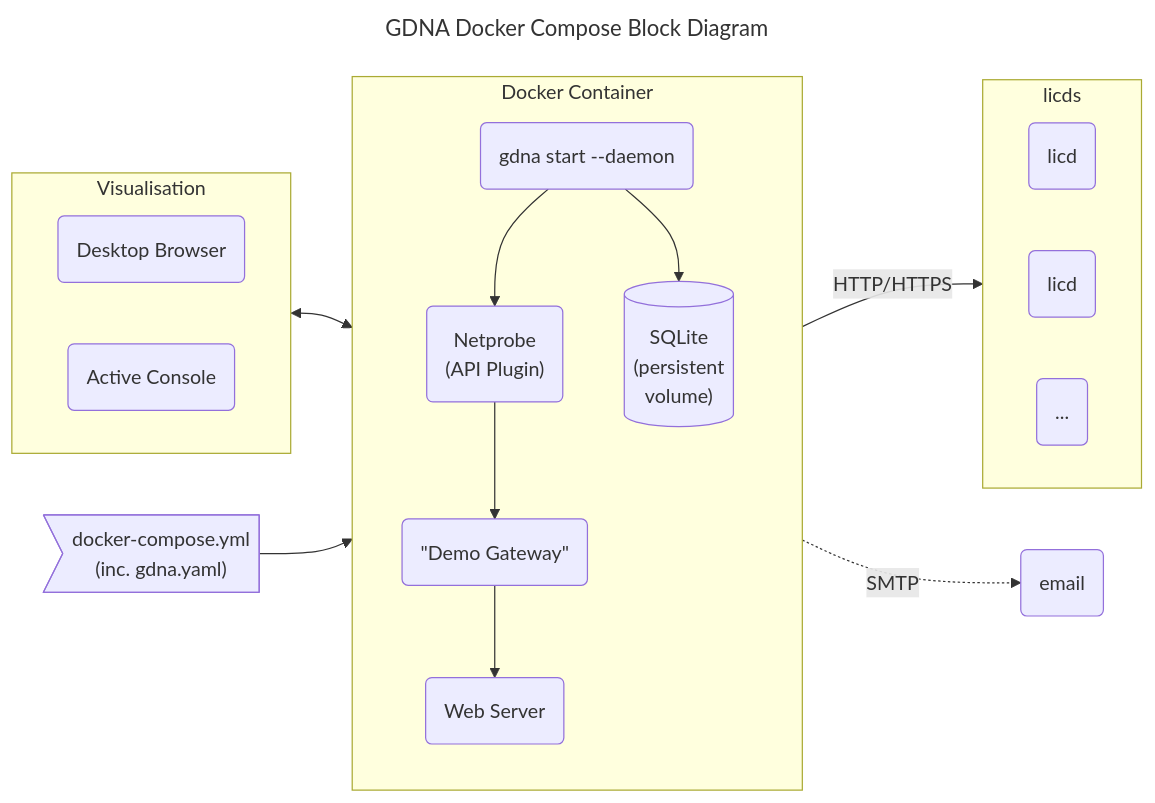
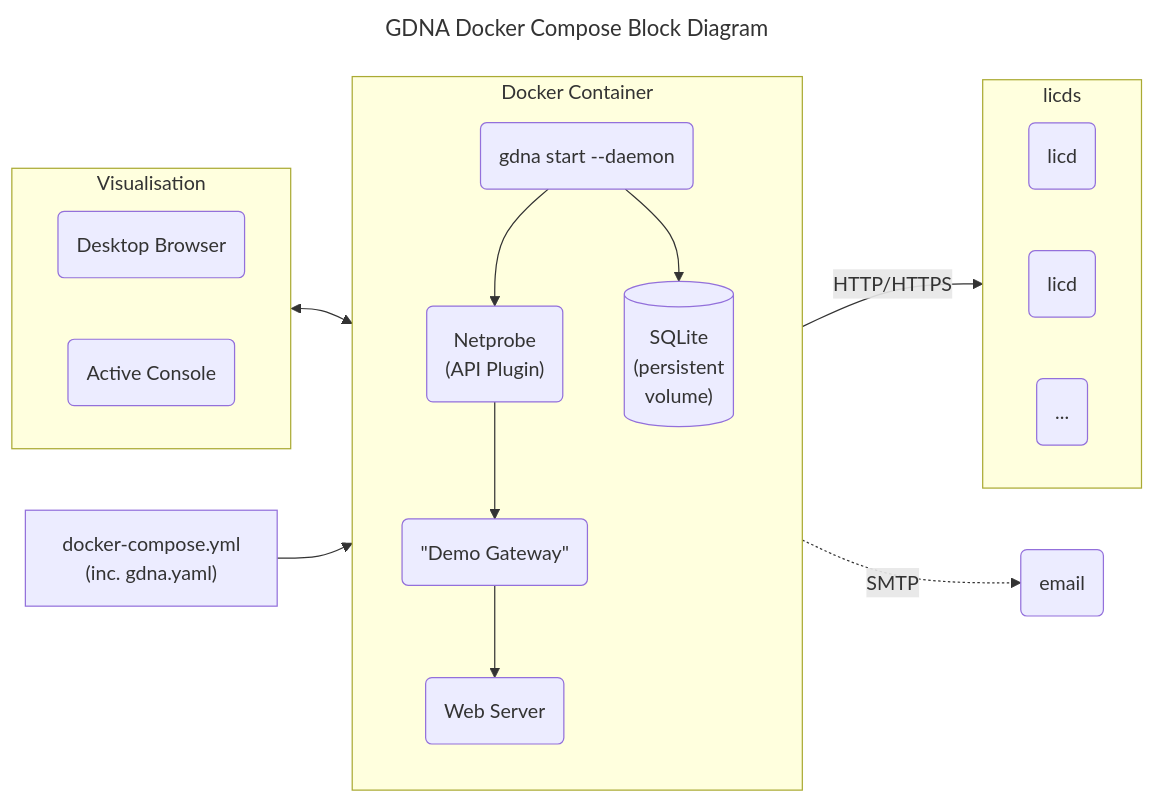
The first of 2 diagrams in gdna/README.md (ITRS-Group/cordial), drawn with Mermaid before and after one commit. The commit also changed other lines of this file and 5 other files, not shown here.

````diff
--- a/gdna/README.md
+++ b/gdna/README.md
@@ -120,46 +129,46 @@
 ```mermaid
 ---
 title: GDNA Docker Compose Block Diagram
 ---
 
 flowchart LR
   subgraph licd[licds]
     direction LR
     licd1(licd)
     licd2(licd)
     licd3(...)
   end
 
-  config>"docker-compose.yml\n(inc. gdna.yaml)"]
+  config["docker-compose.yml<br>(inc. gdna.yaml)"]
 
   subgraph docker [Docker Container]
     direction TB
     webdashboard(Web Server)
     gateway("#quot;Demo Gateway#quot;")
-    netprobe("Netprobe\n(API Plugin)")
+    netprobe("Netprobe<br>(API Plugin)")
     gdna(gdna start --daemon)
-    sqlite[("SQLite\n(persistent\nvolume)")]
+    sqlite[("SQLite<br>(persistent<br>volume)")]
   end
 
   subgraph visualisation [Visualisation]
     direction LR
     browser(Desktop Browser)
     activeconsole(Active Console)
   end
 
   classDef subgraphs fill:#bbb,stroke:#333,stroke-width:4px
   class licd,docker,visualisation subgraphs;
 
   email("email")
   
 
 visualisation <--> docker
 docker -- "HTTP/HTTPS" --> licd
 docker -. "SMTP" -.-> email
 config --> docker
 
 gdna --> netprobe
 gdna --> sqlite
 netprobe --> gateway
 gateway --> webdashboard
 ```
````
